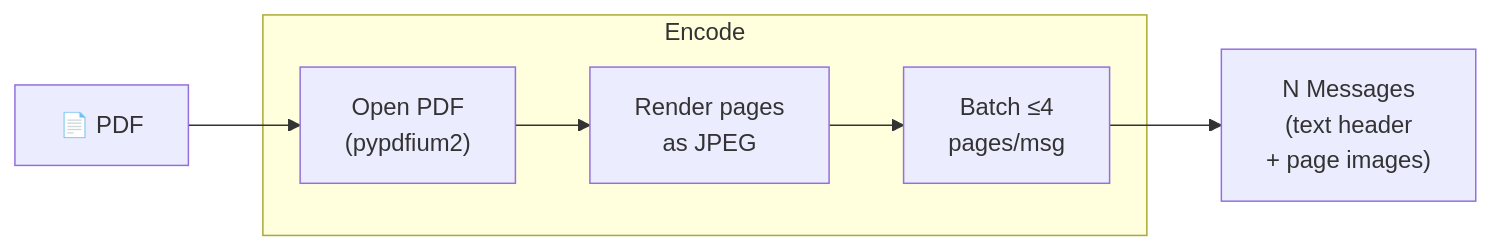
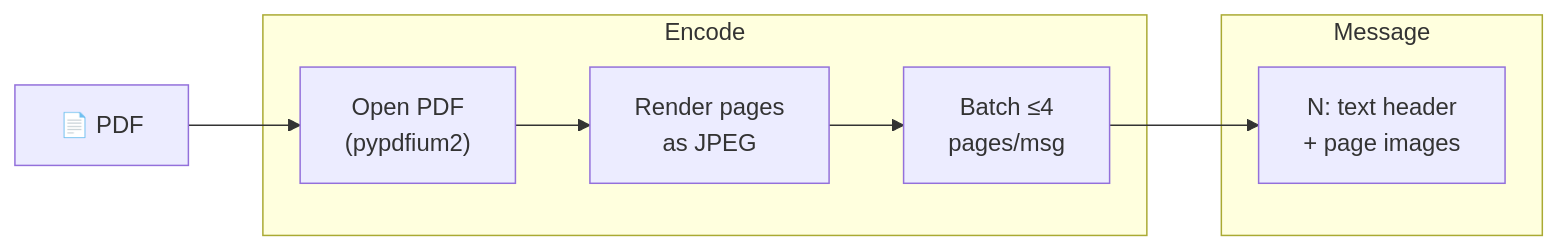
One commit to vlm-run/mm changed diagram 14 of 17 in docs/ENCODERS.md. Above: the diagram before and after it, drawn with Mermaid. The commit also changed other lines of this file and 1 other file, not shown here.

Commit message:
use a message block with subgroups

````diff
--- a/docs/ENCODERS.md
+++ b/docs/ENCODERS.md
@@ -322,14 +348,16 @@
 ```mermaid
 graph LR
   doc["📄 PDF"]
 
   subgraph encode ["Encode"]
     open["Open PDF\n(pypdfium2)"]
     render["Render pages\nas JPEG"]
     batch["Batch ≤4\npages/msg"]
   end
 
-  msgs["N Messages\n(text header\n+ page images)"]
+  subgraph message ["Message"]
+    msgs["N: text header\n+ page images"]
+  end
 
   doc --> open --> render --> batch --> msgs
 ```
````
